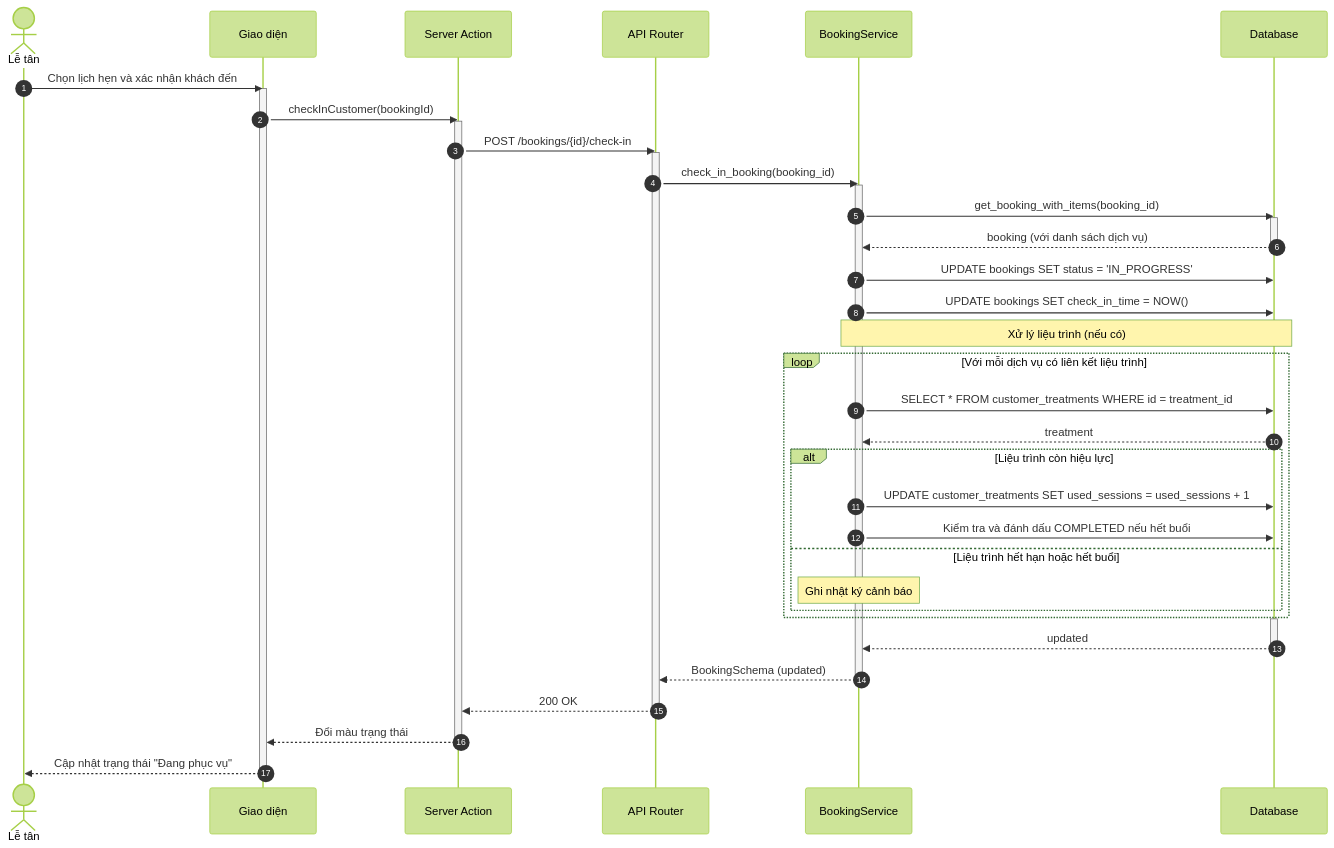
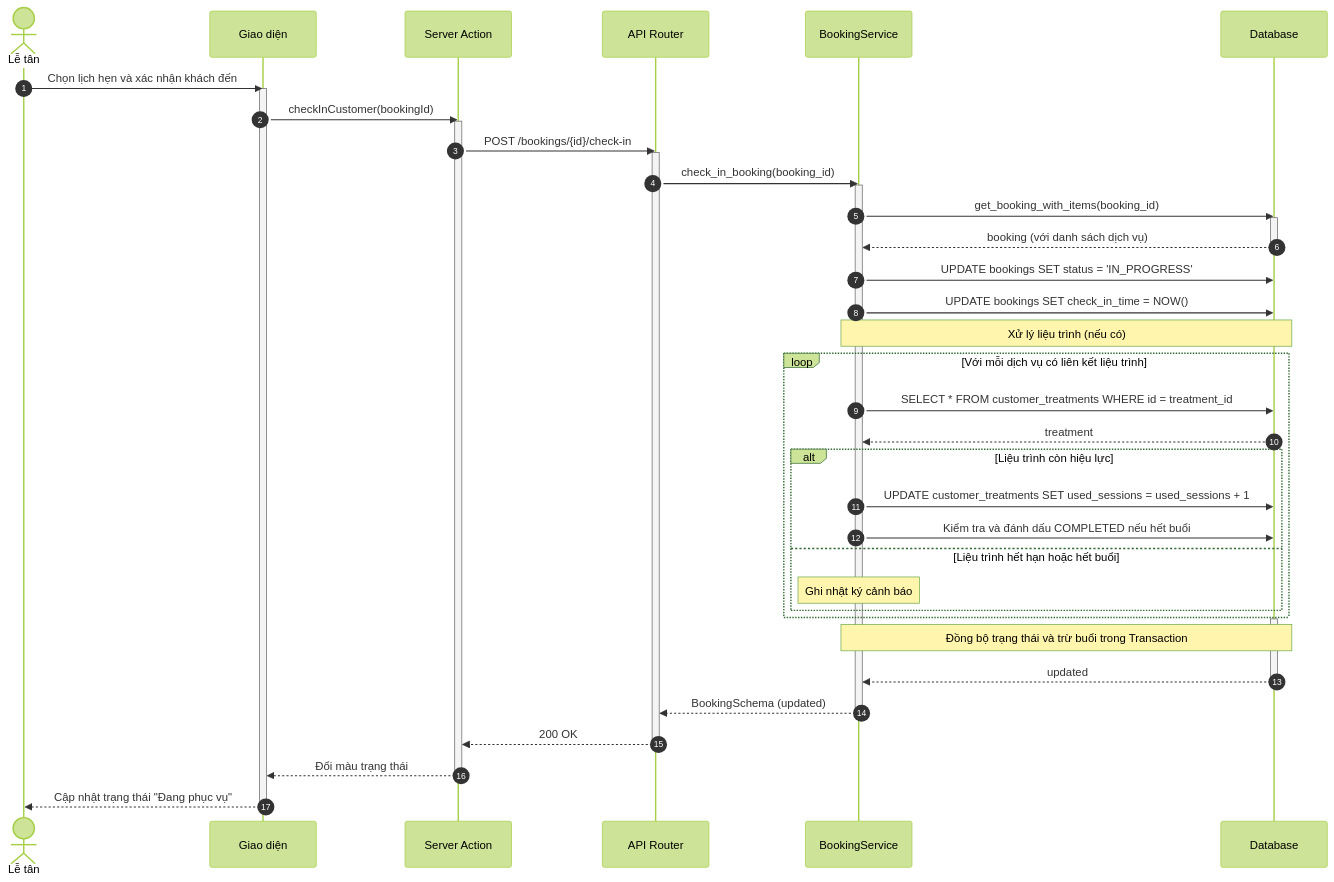
One commit to ngoctinn/Synapse changed the fourth of 8 diagrams in docs/design/sequences/receptionist_flows.md. Above: the diagram before and after it, drawn with Mermaid (forest theme). The commit also changed other lines of this file and 9 other files, not shown here.

Commit message:
docs: Add initial design documentation for customer, receptionist, technician, and authentication flows, along with antigravity feature plans.

````diff
--- a/docs/design/sequences/receptionist_flows.md
+++ b/docs/design/sequences/receptionist_flows.md
@@ -190,57 +191,58 @@
 ```mermaid
 sequenceDiagram
     autonumber
     actor LT as Lễ tân
     participant UI as Giao diện
     participant BFF as Server Action
     participant API as API Router
     participant S as BookingService
     participant DB as Database
 
     LT->>UI: Chọn lịch hẹn và xác nhận khách đến
     activate UI
     UI->>BFF: checkInCustomer(bookingId)
     activate BFF
 
     BFF->>API: POST /bookings/{id}/check-in
     activate API
 
     API->>S: check_in_booking(booking_id)
     activate S
 
     S->>DB: get_booking_with_items(booking_id)
     activate DB
     DB-->>S: booking (với danh sách dịch vụ)
     deactivate DB
 
     S->>DB: UPDATE bookings SET status = 'IN_PROGRESS'
     S->>DB: UPDATE bookings SET check_in_time = NOW()
 
     Note over S,DB: Xử lý liệu trình (nếu có)
     loop Với mỗi dịch vụ có liên kết liệu trình
         S->>DB: SELECT * FROM customer_treatments WHERE id = treatment_id
         DB-->>S: treatment
         alt Liệu trình còn hiệu lực
             S->>DB: UPDATE customer_treatments SET used_sessions = used_sessions + 1
             S->>DB: Kiểm tra và đánh dấu COMPLETED nếu hết buổi
         else Liệu trình hết hạn hoặc hết buổi
             Note over S: Ghi nhật ký cảnh báo
         end
     end
 
     activate DB
+    Note over S,DB: Đồng bộ trạng thái và trừ buổi trong Transaction
     DB-->>S: updated
     deactivate DB
 
     S-->>API: BookingSchema (updated)
     deactivate S
 
     API-->>BFF: 200 OK
     deactivate API
 
     BFF-->>UI: Đổi màu trạng thái
     deactivate BFF
 
     UI-->>LT: Cập nhật trạng thái "Đang phục vụ"
     deactivate UI
 ```
````
